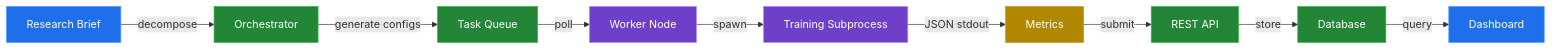
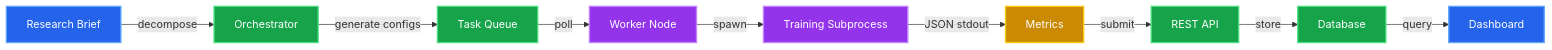
The second of 2 diagrams in docs/architecture.md (xeeva/XeeNet), drawn with Mermaid before and after one commit. The commit also changed other lines of this file and 5 other files, not shown here.

First line of the commit message:
Fix Mermaid diagram contrast and code block rendering

```diff
--- a/docs/architecture.md
+++ b/docs/architecture.md
@@ -171,21 +162,21 @@
   <div class="mermaid">
   flowchart LR
     BRIEF["Research Brief"] -->|"decompose"| ORC["Orchestrator"]
     ORC -->|"generate configs"| TASKS["Task Queue"]
     TASKS -->|"poll"| WORKER["Worker Node"]
     WORKER -->|"spawn"| TRAIN["Training Subprocess"]
     TRAIN -->|"JSON stdout"| METRICS["Metrics"]
     METRICS -->|"submit"| API["REST API"]
     API -->|"store"| DB["Database"]
     DB -->|"query"| DASH["Dashboard"]
 
-    style BRIEF fill:#1f6feb,stroke:#58a6ff,color:#fff
-    style ORC fill:#238636,stroke:#3fb950,color:#fff
-    style TASKS fill:#238636,stroke:#3fb950,color:#fff
-    style WORKER fill:#6e40c9,stroke:#bc8cff,color:#fff
-    style TRAIN fill:#6e40c9,stroke:#bc8cff,color:#fff
-    style METRICS fill:#b08800,stroke:#d29922,color:#fff
-    style API fill:#238636,stroke:#3fb950,color:#fff
-    style DB fill:#238636,stroke:#3fb950,color:#fff
-    style DASH fill:#1f6feb,stroke:#58a6ff,color:#fff
+    style BRIEF fill:#2563eb,stroke:#60a5fa,stroke-width:2px,color:#fff
+    style ORC fill:#16a34a,stroke:#4ade80,stroke-width:2px,color:#fff
+    style TASKS fill:#16a34a,stroke:#4ade80,stroke-width:2px,color:#fff
+    style WORKER fill:#9333ea,stroke:#c084fc,stroke-width:2px,color:#fff
+    style TRAIN fill:#9333ea,stroke:#c084fc,stroke-width:2px,color:#fff
+    style METRICS fill:#ca8a04,stroke:#facc15,stroke-width:2px,color:#fff
+    style API fill:#16a34a,stroke:#4ade80,stroke-width:2px,color:#fff
+    style DB fill:#16a34a,stroke:#4ade80,stroke-width:2px,color:#fff
+    style DASH fill:#2563eb,stroke:#60a5fa,stroke-width:2px,color:#fff
   </div>
```
